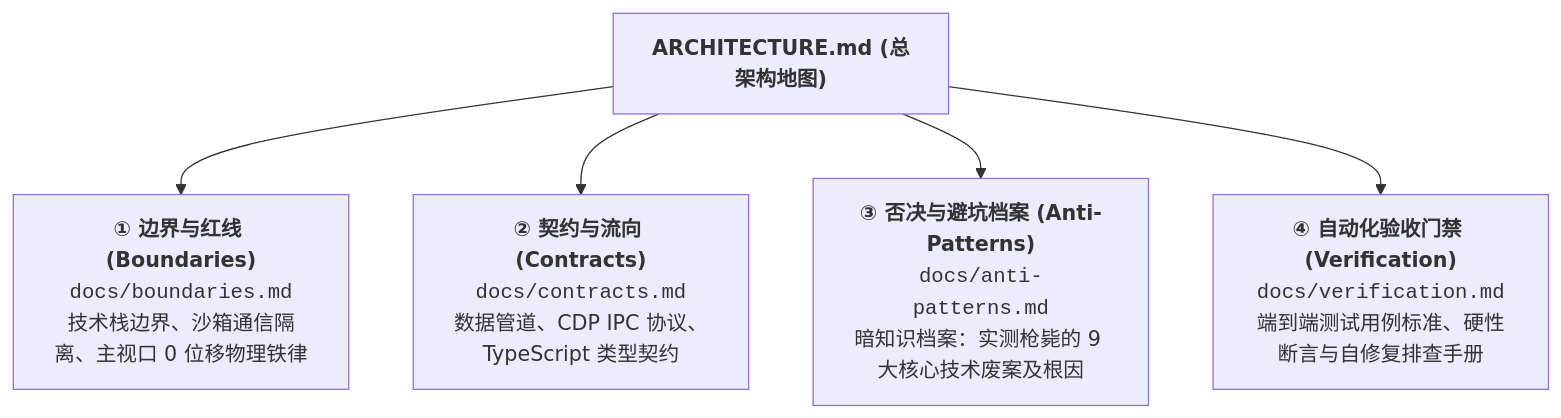
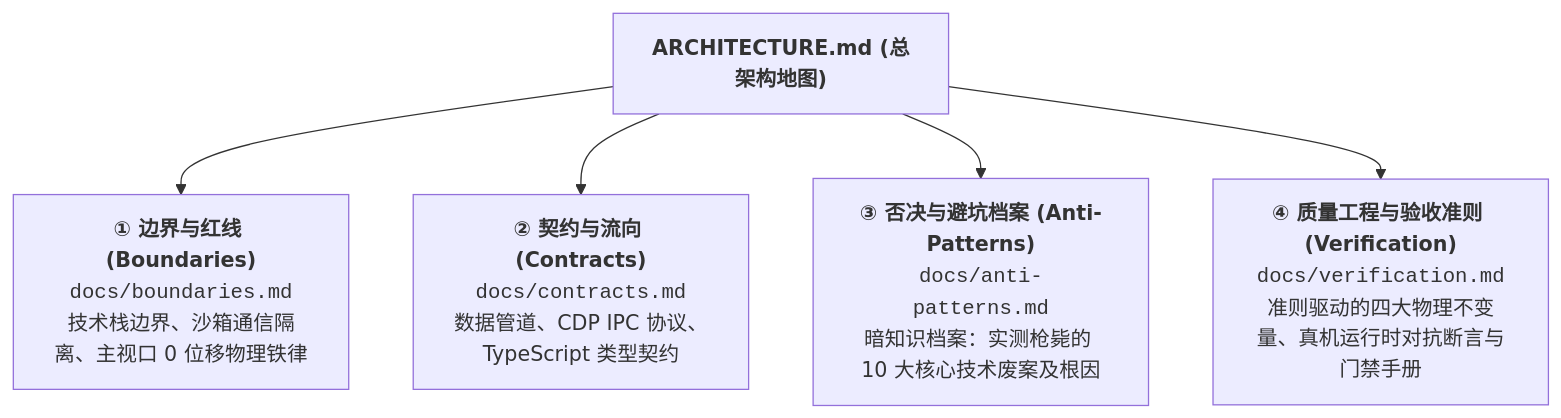
Before and after one commit to moumouye/antigravity-timeline: the diagram in ARCHITECTURE.md, drawn with Mermaid. The commit also changed other lines of this file and 1 other file, not shown here.

First line of the commit message:
📝 docs(verification): 重塑质量工程与验收准则，确立四大物理不变量裁判标准

````diff
--- a/ARCHITECTURE.md
+++ b/ARCHITECTURE.md
@@ -12,14 +12,14 @@
 ```mermaid
 flowchart TD
     Hub["<b>ARCHITECTURE.md (总架构地图)</b>"]
 
     Doc1["<b>① 边界与红线 (Boundaries)</b><br/><code>docs/boundaries.md</code><br/>技术栈边界、沙箱通信隔离、主视口 0 位移物理铁律"]
     Doc2["<b>② 契约与流向 (Contracts)</b><br/><code>docs/contracts.md</code><br/>数据管道、CDP IPC 协议、TypeScript 类型契约"]
-    Doc3["<b>③ 否决与避坑档案 (Anti-Patterns)</b><br/><code>docs/anti-patterns.md</code><br/>暗知识档案：实测枪毙的 9 大核心技术废案及根因"]
-    Doc4["<b>④ 自动化验收门禁 (Verification)</b><br/><code>docs/verification.md</code><br/>端到端测试用例标准、硬性断言与自修复排查手册"]
+    Doc3["<b>③ 否决与避坑档案 (Anti-Patterns)</b><br/><code>docs/anti-patterns.md</code><br/>暗知识档案：实测枪毙的 10 大核心技术废案及根因"]
+    Doc4["<b>④ 质量工程与验收准则 (Verification)</b><br/><code>docs/verification.md</code><br/>准则驱动的四大物理不变量、真机运行时对抗断言与门禁手册"]
 
     Hub --> Doc1
     Hub --> Doc2
     Hub --> Doc3
     Hub --> Doc4
 ```
````
